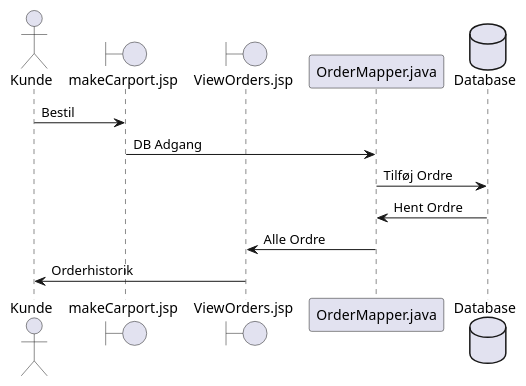
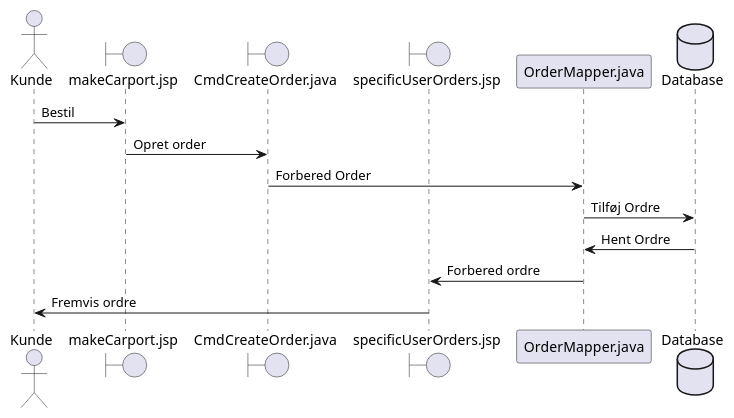
Before and after one commit to NikolajX4000/Sem2Exam: the diagram in src/main/java/UML/SequenceDiagram_PlaceOrder.puml, drawn with PlantUML. The commit also changed 7 other files, not shown here.

Commit message:
Sequence DIagrammer fix

```diff
--- a/src/main/java/UML/SequenceDiagram_PlaceOrder.puml
+++ b/src/main/java/UML/SequenceDiagram_PlaceOrder.puml
@@ -1,16 +1,18 @@
 @startuml
 
 actor Kunde
-boundary "makeCarport.jsp" as Order
-boundary "ViewOrders.jsp" as Orders
+boundary "makeCarport.jsp" as MC
+boundary "CmdCreateOrder.java" as CCO
+boundary "specificUserOrders.jsp" as SO
 participant "OrderMapper.java" as OM
 database "Database" as DB
 
-Kunde -> Order : Bestil
-Order -> OM : DB Adgang
+Kunde -> MC : Bestil
+MC -> CCO : Opret order
+CCO -> OM : Forbered Order
 OM -> DB : Tilføj Ordre
 DB -> OM : Hent Ordre
-OM -> Orders : Alle Ordre
-Orders -> Kunde : Orderhistorik
+OM -> SO : Forbered ordre
+SO -> Kunde : Fremvis ordre
 
 @enduml
```
